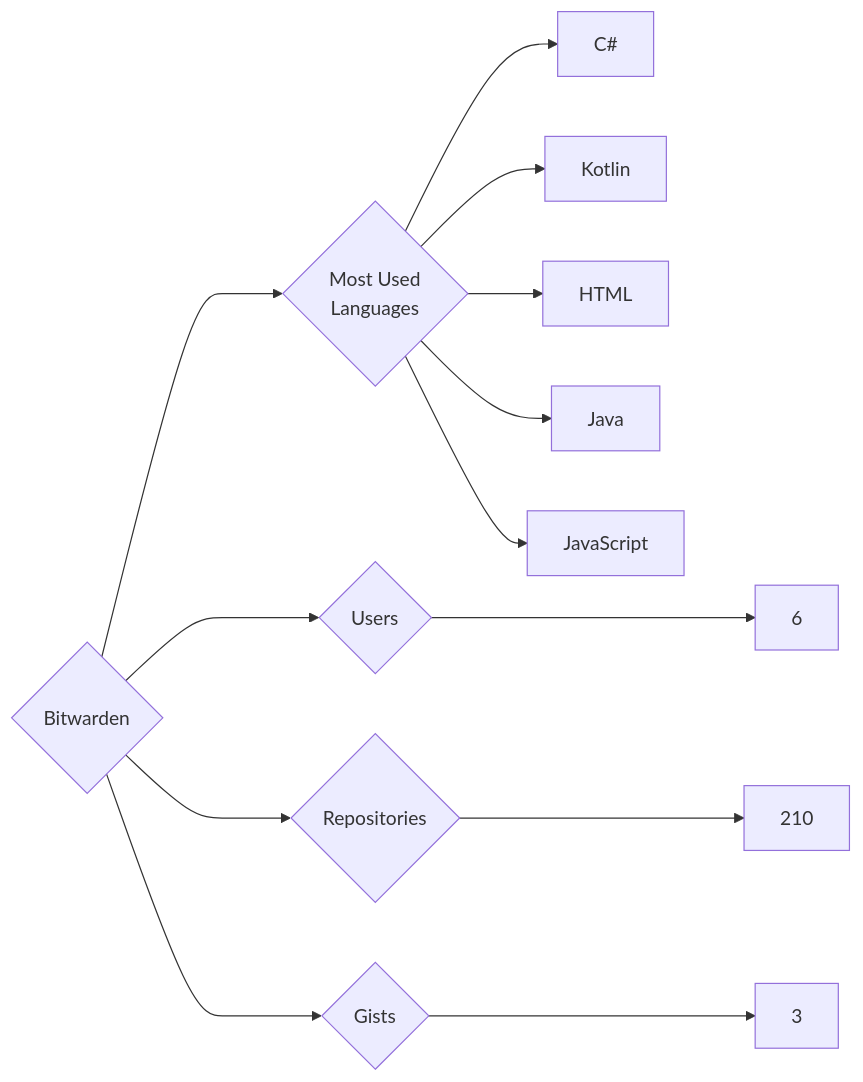
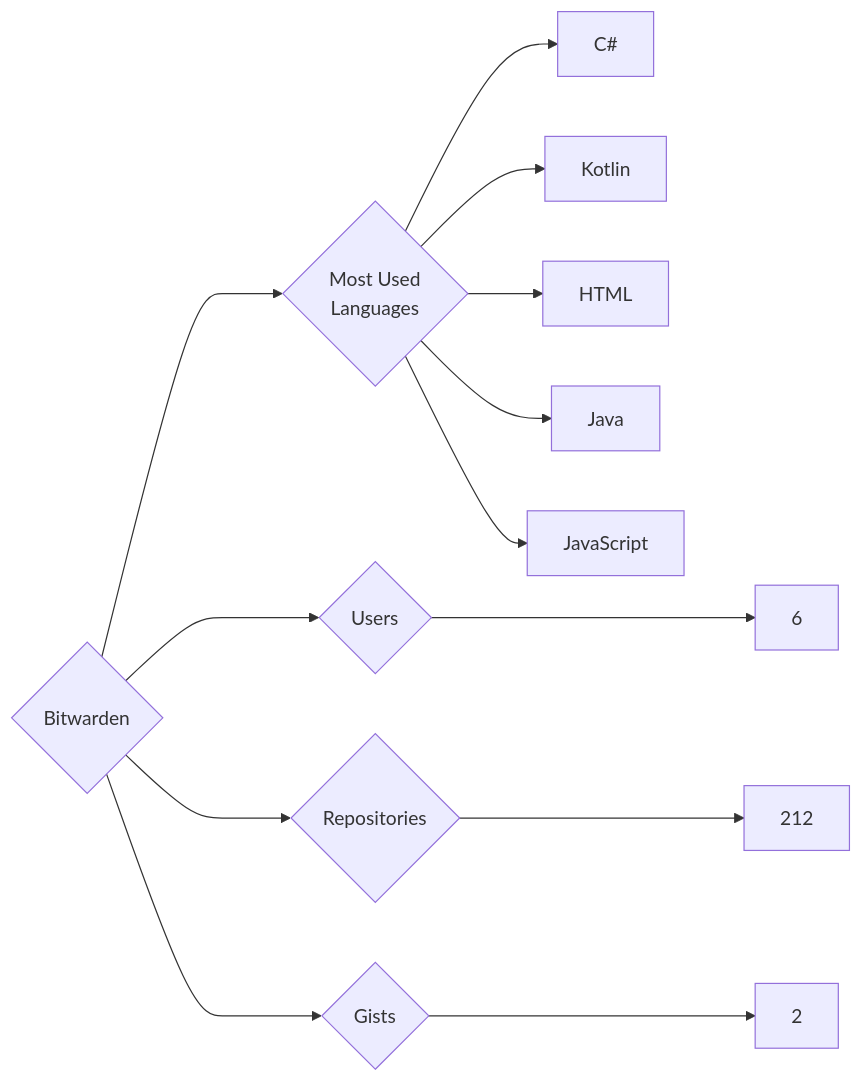
Before and after one commit to trickest/insiders: the diagram in targets/Bitwarden/README.md, drawn with Mermaid. The commit also changed 1055 other files, not shown here.

````diff
--- a/targets/Bitwarden/README.md
+++ b/targets/Bitwarden/README.md
@@ -3,13 +3,13 @@
 ```mermaid
 graph LR
 COMPANY_NAME{Bitwarden}
 COMPANY_NAME ---> U{Users} ---> UN[6]
-COMPANY_NAME ---> R{Repositories} ---> RN[210]
-COMPANY_NAME ---> G{Gists} ---> GN[3]
+COMPANY_NAME ---> R{Repositories} ---> RN[212]
+COMPANY_NAME ---> G{Gists} ---> GN[2]
 COMPANY_NAME ---> ML{Most Used<br>Languages}
 ML --> C#[C#]
 ML --> Kotlin[Kotlin]
 ML --> HTML[HTML]
 ML --> Java[Java]
 ML --> JavaScript[JavaScript]
 ```
````
